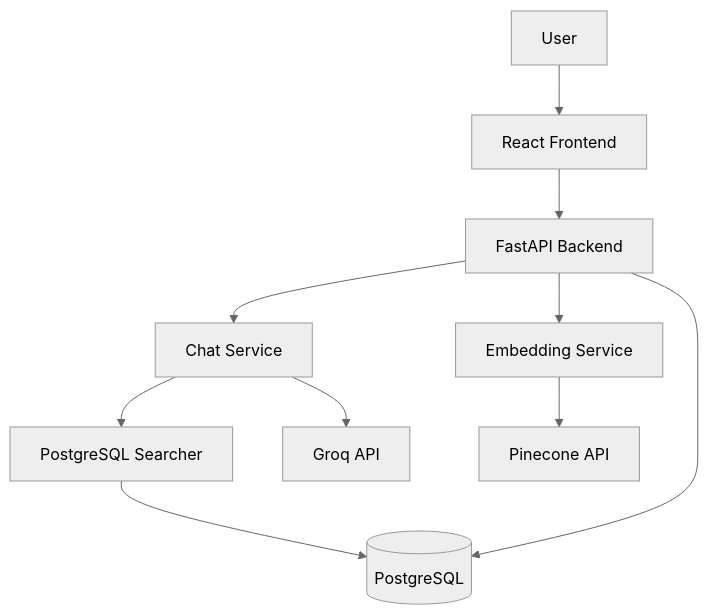
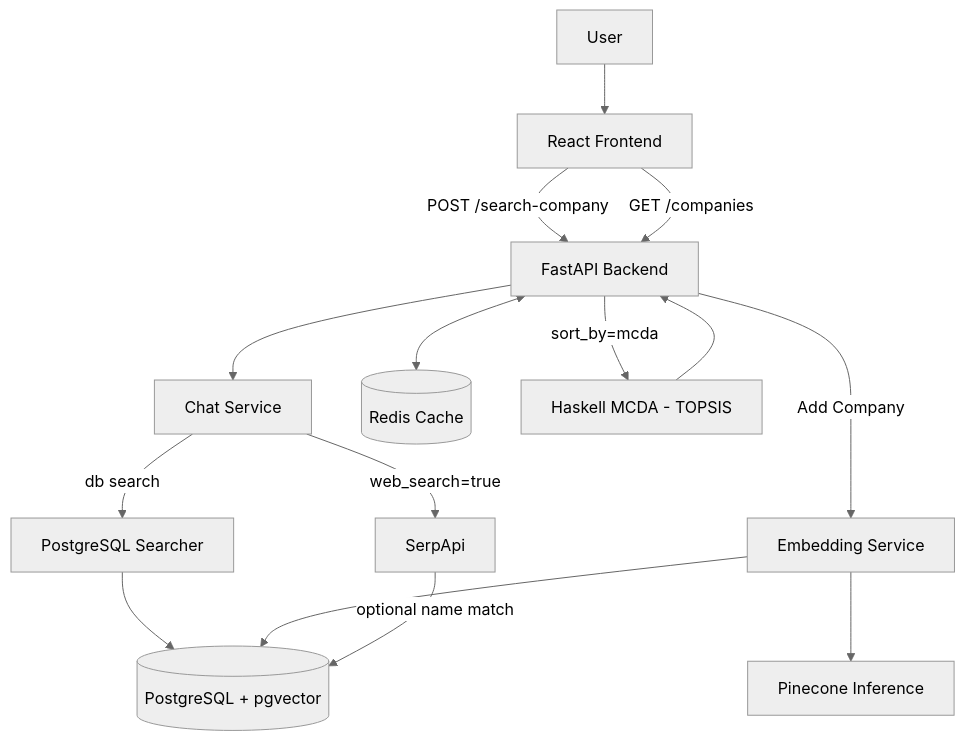
One commit to Syed007Hassan/Investment-Search changed the diagram in README.md. Above: the diagram before and after it, drawn with Mermaid (neutral theme). The commit also changed other lines of this file and 3 other files, not shown here.

````diff
--- a/README.md
+++ b/README.md
@@ -185,17 +229,22 @@
 ```mermaid
-graph TB
-    U[User] --> FE[React Frontend]
-    FE --> API[FastAPI Backend]
-    
-    API --> CS[Chat Service]
-    API --> ES[Embedding Service]
-    
-    CS --> PS[PostgreSQL Searcher]
-    
-    PS --> PG[(PostgreSQL)]
-    
-    ES --> PA[Pinecone API]
-    CS --> GR[Groq API]
-    
-    API --> PG
+flowchart TD
+  U[User] --> FE[React Frontend]
+  FE -->|"POST /search-company"| API[FastAPI Backend]
+  FE -->|"GET /companies"| API
+
+  API --> Chat[Chat Service]
+  API <--> RC[(Redis Cache)]
+
+  Chat -->|"web_search=true"| Serp[SerpApi]
+  Chat -->|"db search"| PGS[PostgreSQL Searcher]
+  PGS --> PG[(PostgreSQL + pgvector)]
+
+  API -->|"Add Company"| Emb[Embedding Service]
+  Emb --> Pine[Pinecone Inference]
+  Emb --> PG
+
+  API -->|"sort_by=mcda"| MCDA[Haskell MCDA - TOPSIS]
+  MCDA --> API
+
+  Serp -->|"optional name match"| PG
 ```
````
